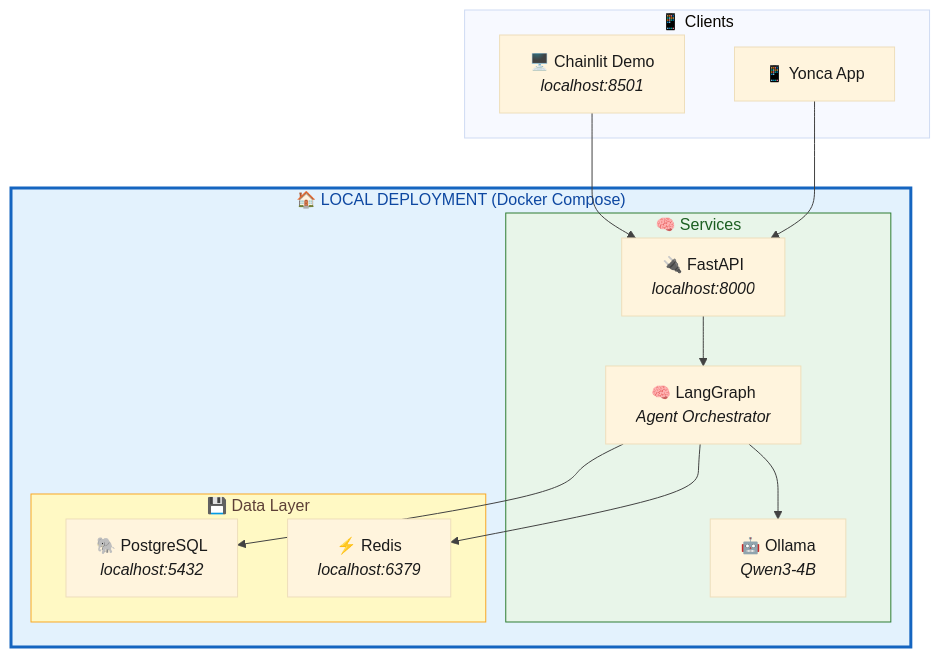
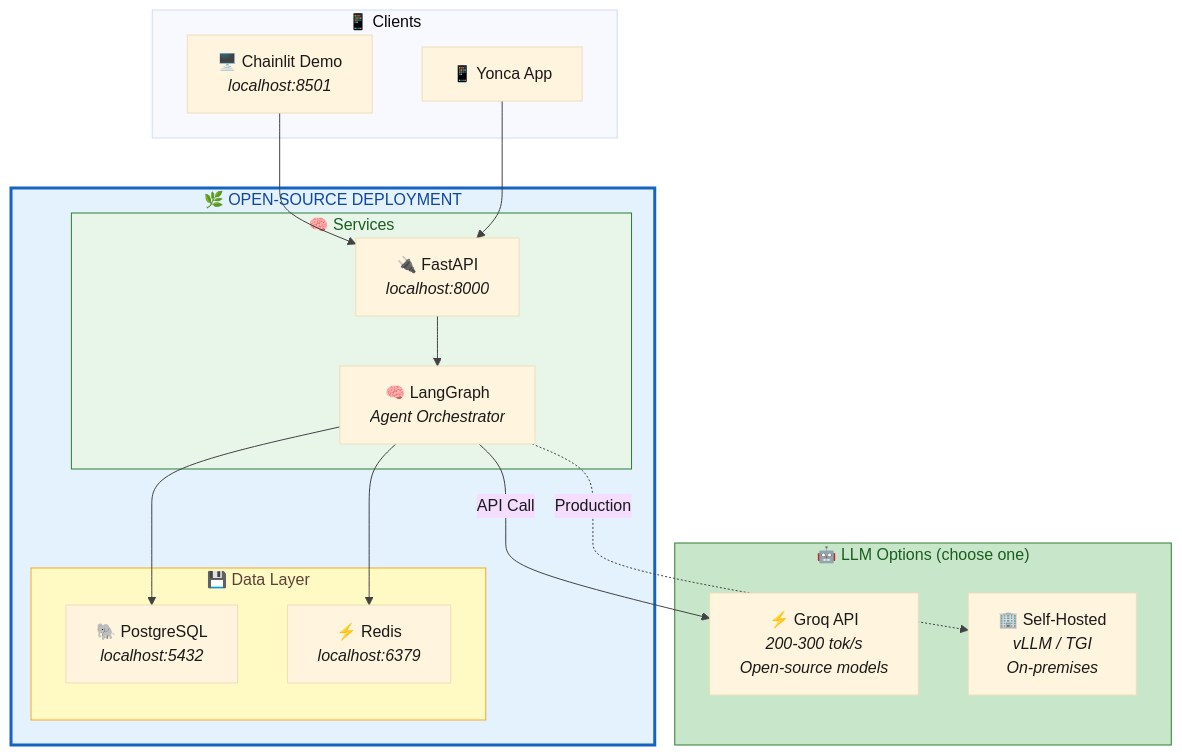
One commit to Px8Studio/yonja changed the second of 3 diagrams in docs/zekalab/12-DUAL-MODE-DEPLOYMENT.md. Above: the diagram before and after it, drawn with Mermaid. The commit also changed other lines of this file and 8 other files, not shown here.

First line of the commit message:
Refactor model selection and deployment strategy to prioritize open-source models

````diff
--- a/docs/zekalab/12-DUAL-MODE-DEPLOYMENT.md
+++ b/docs/zekalab/12-DUAL-MODE-DEPLOYMENT.md
@@ -50,33 +63,40 @@
 ```mermaid
 %%{init: {'theme': 'base', 'themeVariables': { 'primaryTextColor': '#1a1a1a', 'lineColor': '#424242'}}}%%
 graph TB
-    subgraph local["🏠 LOCAL DEPLOYMENT (Docker Compose)"]
+    subgraph opensource["🌿 OPEN-SOURCE DEPLOYMENT"]
         subgraph services["🧠 Services"]
             api["🔌 FastAPI<br/><i>localhost:8000</i>"]
             brain["🧠 LangGraph<br/><i>Agent Orchestrator</i>"]
-            ollama["🤖 Ollama<br/><i>Qwen3-4B</i>"]
         end
         
         subgraph data["💾 Data Layer"]
             pg["🐘 PostgreSQL<br/><i>localhost:5432</i>"]
             redis["⚡ Redis<br/><i>localhost:6379</i>"]
         end
         
         api --> brain
-        brain --> ollama
         brain --> redis
         brain --> pg
     end
+    
+    subgraph llm["🤖 LLM Options (choose one)"]
+        groq["⚡ Groq API<br/><i>200-300 tok/s</i><br/><i>Open-source models</i>"]
+        selfhost["🏢 Self-Hosted<br/><i>vLLM / TGI</i><br/><i>On-premises</i>"]
+    end
+    
+    brain -->|"API Call"| groq
+    brain -.->|"Production"| selfhost
     
     subgraph client["📱 Clients"]
         demo["🖥️ Chainlit Demo<br/><i>localhost:8501</i>"]
         mobile["📱 Yonca App"]
     end
     
     demo --> api
     mobile --> api
     
-    style local fill:#e3f2fd,stroke:#1565c0,stroke-width:3px,color:#0d47a1
+    style opensource fill:#e3f2fd,stroke:#1565c0,stroke-width:3px,color:#0d47a1
     style services fill:#e8f5e9,stroke:#2e7d32,color:#1b5e20
     style data fill:#fff9c4,stroke:#f9a825,color:#5d4037
+    style llm fill:#c8e6c9,stroke:#2e7d32,color:#1b5e20
 ```
````
